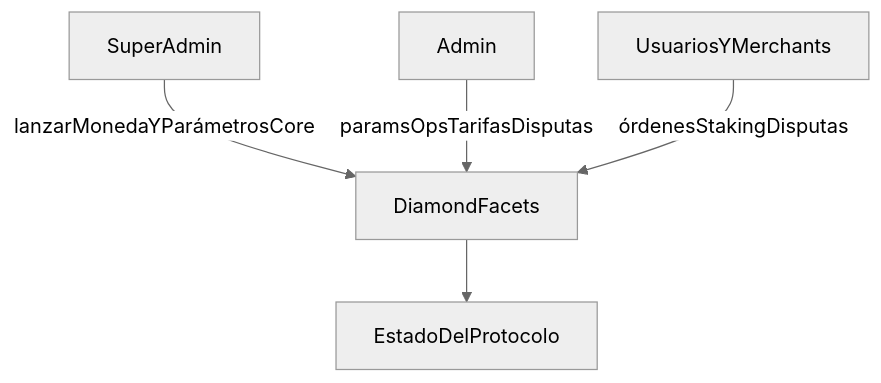
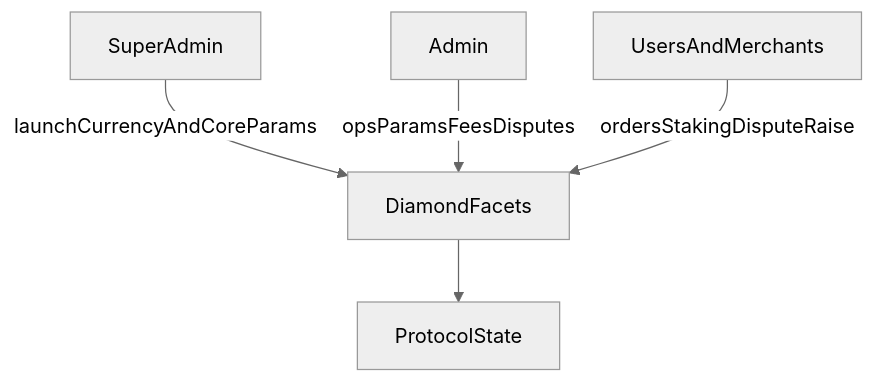
The diagram in translations/es/for-builders/roles-and-permissions.md (uditstocks/docs.p2pdotme), drawn with Mermaid (neutral theme) before and after one commit. The commit also changed other lines of this file and 263 other files, not shown here.

````diff
--- a/translations/es/for-builders/roles-and-permissions.md
+++ b/translations/es/for-builders/roles-and-permissions.md
@@ -16,13 +18,13 @@
 ```mermaid
 flowchart TD
     superAdmin[SuperAdmin]
     admin[Admin]
-    users[UsuariosYMerchants]
+    users[UsersAndMerchants]
     facets[DiamondFacets]
-    state[EstadoDelProtocolo]
+    state[ProtocolState]
 
-    superAdmin -->|lanzarMonedaYParámetrosCore| facets
-    admin -->|paramsOpsTarifasDisputas| facets
-    users -->|órdenesStakingDisputas| facets
+    superAdmin -->|launchCurrencyAndCoreParams| facets
+    admin -->|opsParamsFeesDisputes| facets
+    users -->|ordersStakingDisputeRaise| facets
     facets --> state
 ```
````
